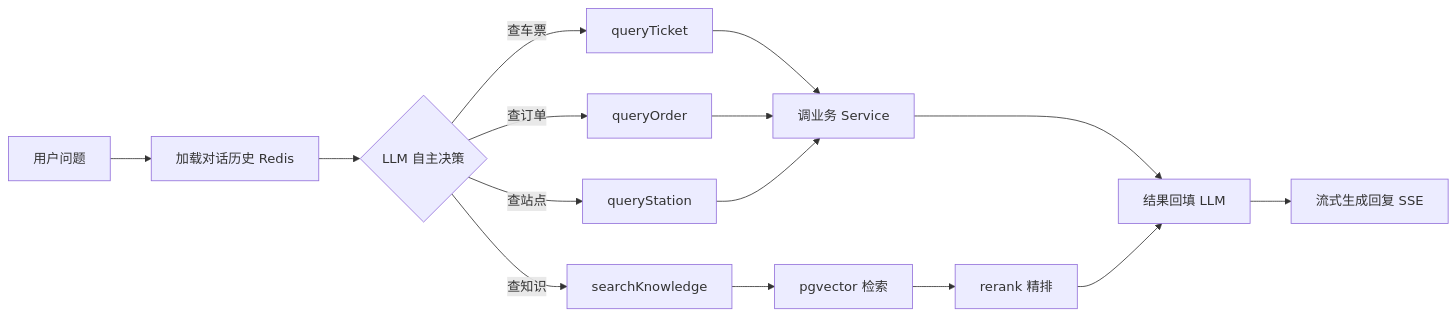
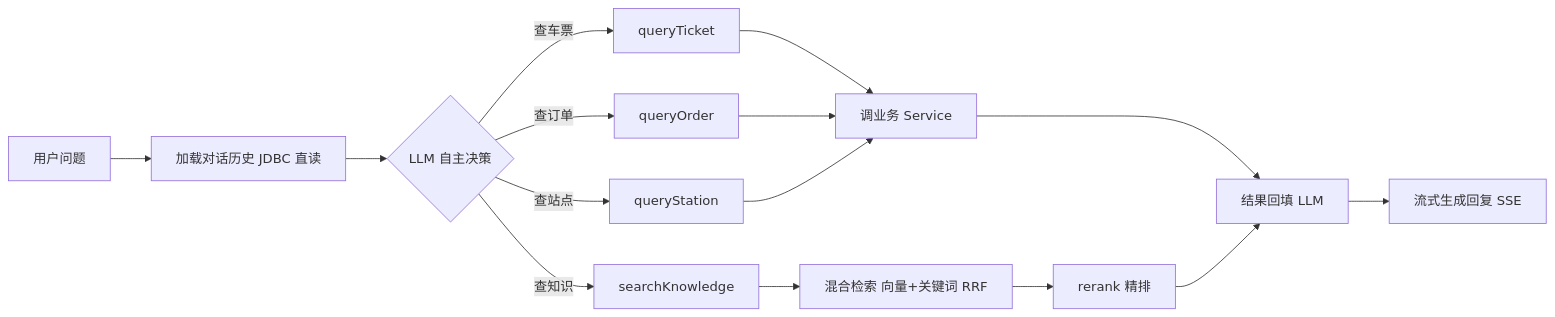
The sixth of 7 diagrams in ARCHITECTURE.md (YouLan5418/FANG12306), drawn with Mermaid before and after one commit. The commit also changed other lines of this file and 39 other files, not shown here.

````diff
--- a/ARCHITECTURE.md
+++ b/ARCHITECTURE.md
@@ -204,17 +205,17 @@
 ```mermaid
 flowchart LR
-    Q["用户问题"] --> H["加载对话历史 Redis"]
+    Q["用户问题"] --> H["加载对话历史 JDBC 直读"]
     H --> LLM{"LLM 自主决策"}
     LLM -->|查车票| T1["queryTicket"]
     LLM -->|查订单| T2["queryOrder"]
     LLM -->|查站点| T3["queryStation"]
     LLM -->|查知识| T4["searchKnowledge"]
-    T4 --> VEC["pgvector 检索"]
-    VEC --> RR["rerank 精排"]
+    T4 --> RAG2["混合检索 向量+关键词 RRF"]
+    RAG2 --> RR["rerank 精排"]
     T1 --> BIZ["调业务 Service"]
     T2 --> BIZ
     T3 --> BIZ
     BIZ --> R["结果回填 LLM"]
     RR --> R
     R --> SSE["流式生成回复 SSE"]
 ```
````
